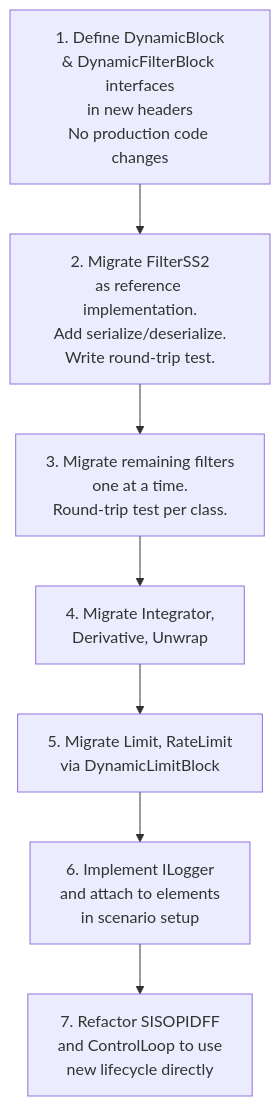
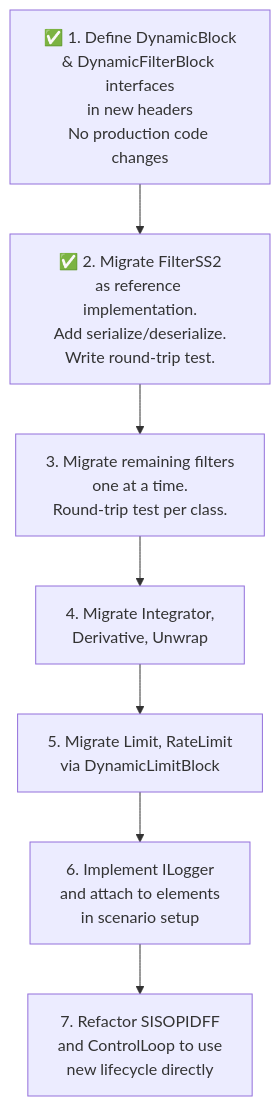
The fifth of 5 diagrams in docs/architecture/dynamic_block.md (yJjDoAZuae/liteaero-sim), drawn with Mermaid before and after one commit. The commit also changed other lines of this file and 7 other files, not shown here.

````diff
--- a/docs/architecture/dynamic_block.md
+++ b/docs/architecture/dynamic_block.md
@@ -592,10 +489,10 @@
 ```mermaid
 flowchart TD
-    A["1. Define DynamicBlock<br/>& DynamicFilterBlock interfaces<br/>in new headers<br/>No production code changes"] -->
-    B["2. Migrate FilterSS2<br/>as reference implementation.<br/>Add serialize/deserialize.<br/>Write round-trip test."] -->
+    A["✅ 1. Define DynamicBlock<br/>& DynamicFilterBlock interfaces<br/>in new headers<br/>No production code changes"] -->
+    B["✅ 2. Migrate FilterSS2<br/>as reference implementation.<br/>Add serialize/deserialize.<br/>Write round-trip test."] -->
     C["3. Migrate remaining filters<br/>one at a time.<br/>Round-trip test per class."] -->
     D["4. Migrate Integrator,<br/>Derivative, Unwrap"] -->
     E["5. Migrate Limit, RateLimit<br/>via DynamicLimitBlock"] -->
     F["6. Implement ILogger<br/>and attach to elements<br/>in scenario setup"] -->
     G["7. Refactor SISOPIDFF<br/>and ControlLoop to use<br/>new lifecycle directly"]
 ```
````
